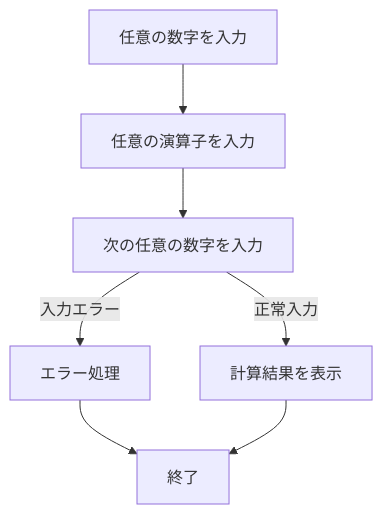
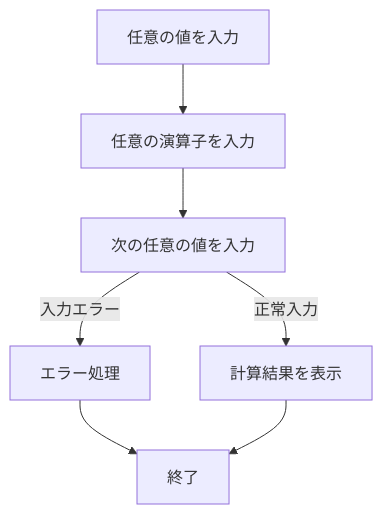
Before and after one commit to ibit/tools: the first of 2 diagrams in calculator/README.md, drawn with Mermaid. The commit also changed other lines of this file, not shown here.

````diff
--- a/calculator/README.md
+++ b/calculator/README.md
@@ -5,13 +5,13 @@
 ```mermaid
 flowchart TD
-    A[任意の数字を入力]
+    A[任意の値を入力]
     B[任意の演算子を入力]
-    C[次の任意の数字を入力]
+    C[次の任意の値を入力]
     D[計算結果を表示]
     E[エラー処理]
     F[終了]
 
     A --> B --> C
     C -->|入力エラー| E --> F
     C -->|正常入力| D --> F
 ```
````
